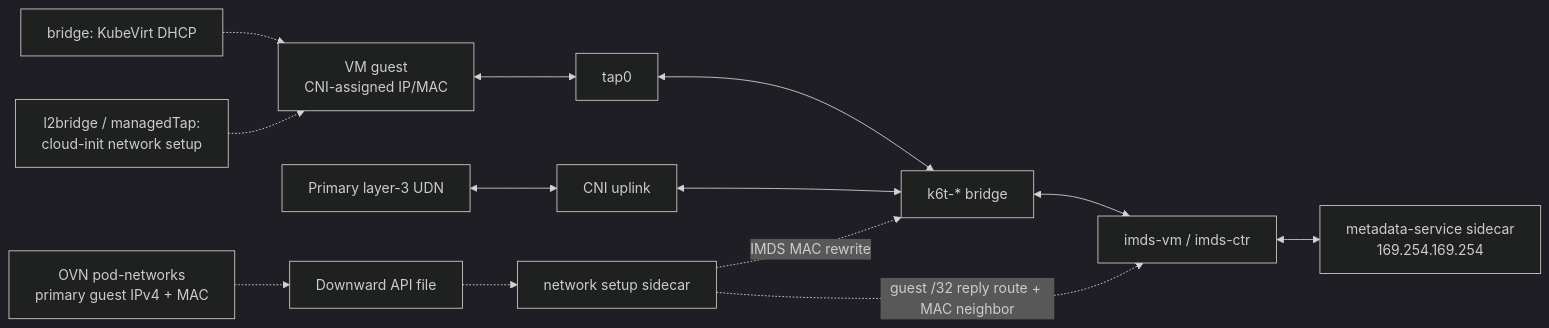
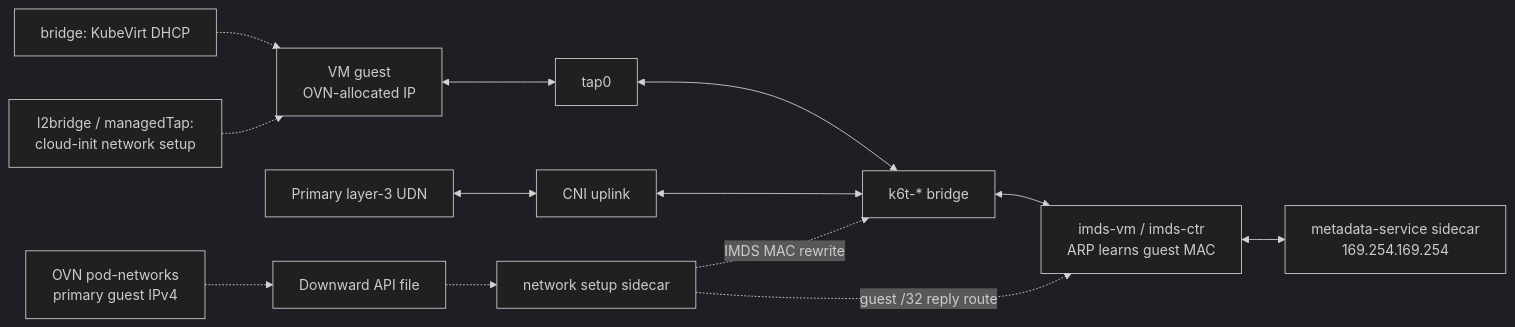
The diagram in cmd/dsx-imds-network-setup/README.md (dsx-ai-factory/nvidia-workload-identity), drawn with Mermaid (dark theme) before and after one commit. The commit also changed other lines of this file and 4 other files, not shown here.

Commit message:
fix(NO-REF): resolve guest MAC through ARP

````diff
--- a/cmd/dsx-imds-network-setup/README.md
+++ b/cmd/dsx-imds-network-setup/README.md
@@ -39,16 +39,16 @@
 ```mermaid
 flowchart LR
-    Guest["VM guest<br/>CNI-assigned IP/MAC"] <--> Tap["tap0"]
+    Guest["VM guest<br/>OVN-allocated IP"] <--> Tap["tap0"]
     Tap <--> Bridge["k6t-* bridge"]
-    Bridge <--> Veth["imds-vm / imds-ctr"]
+    Bridge <--> Veth["imds-vm / imds-ctr<br/>ARP learns guest MAC"]
     Veth <--> Metadata["metadata-service sidecar<br/>169.254.169.254"]
     UDN["Primary layer-3 UDN"] <--> Uplink["CNI uplink"]
     Uplink <--> Bridge
 
     DHCP["bridge: KubeVirt DHCP"] -.-> Guest
     CloudInit["l2bridge / managedTap:<br/>cloud-init network setup"] -.-> Guest
-    Status["OVN pod-networks<br/>primary guest IPv4 + MAC"] -.-> File["Downward API file"]
+    Status["OVN pod-networks<br/>primary guest IPv4"] -.-> File["Downward API file"]
     File -.-> Setup["network setup sidecar"]
-    Setup -.->|"guest /32 reply route + MAC neighbor"| Veth
+    Setup -.->|"guest /32 reply route"| Veth
     Setup -.->|"IMDS MAC rewrite"| Bridge
 ```
````
